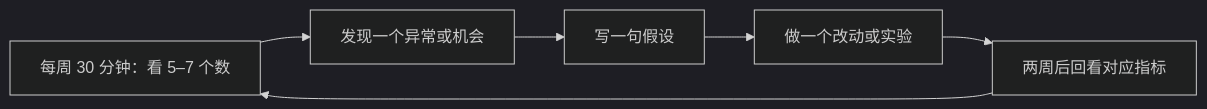
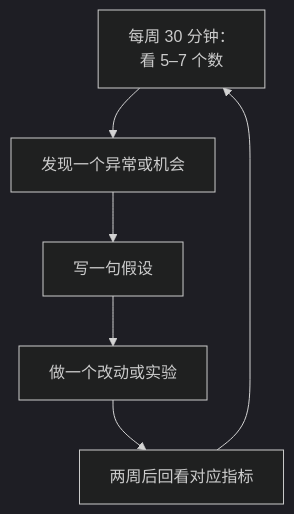
One commit to jarvis-pro/hatch-shelf changed the second of 3 diagrams in books/product-analytics/08-when-not-to-track.md. Above: the diagram before and after it, drawn with Mermaid (dark theme). The commit also changed other lines of this file and 432 other files, not shown here.

````diff
--- a/books/product-analytics/08-when-not-to-track.md
+++ b/books/product-analytics/08-when-not-to-track.md
@@ -105,8 +105,8 @@
 ```mermaid
-flowchart LR
-    Q["每周 30 分钟：看 5–7 个数"] --> F["发现一个异常或机会"]
+flowchart TD
+    Q["每周 30 分钟：<br/>看 5–7 个数"] --> F["发现一个异常或机会"]
     F --> H["写一句假设"]
     H --> A["做一个改动或实验"]
     A --> M["两周后回看对应指标"]
     M --> Q
 ```
````
